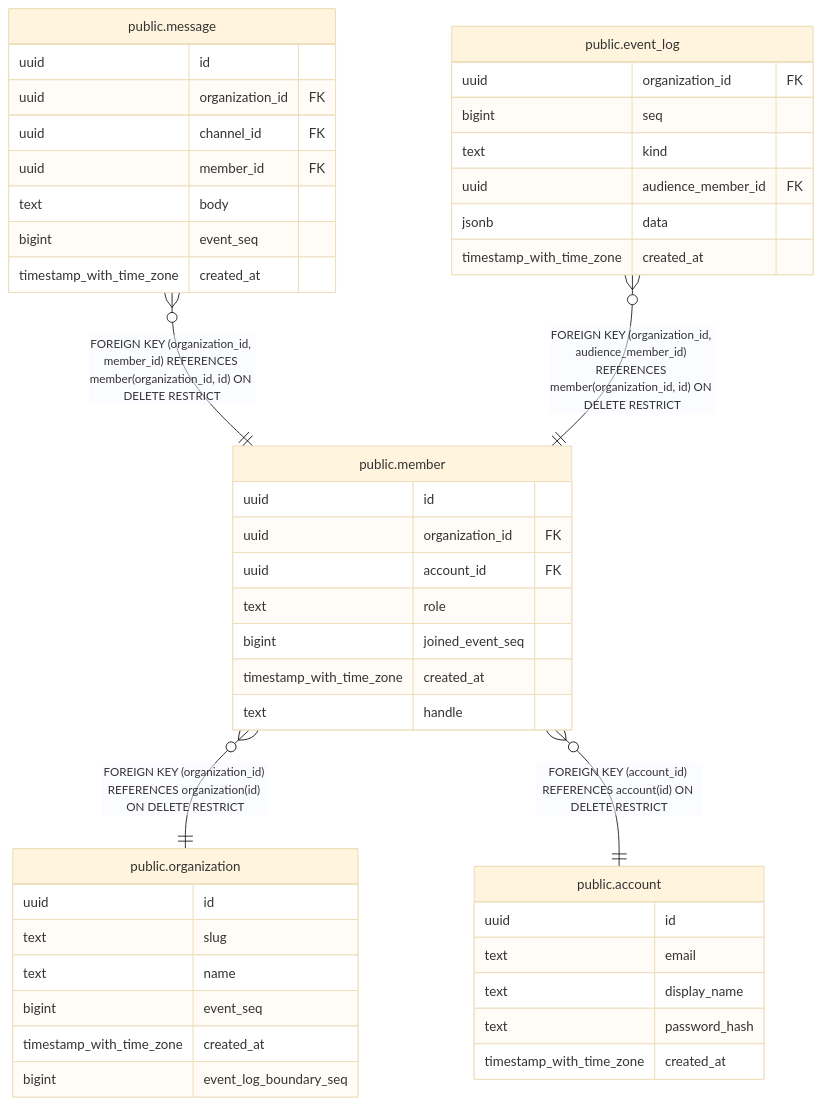
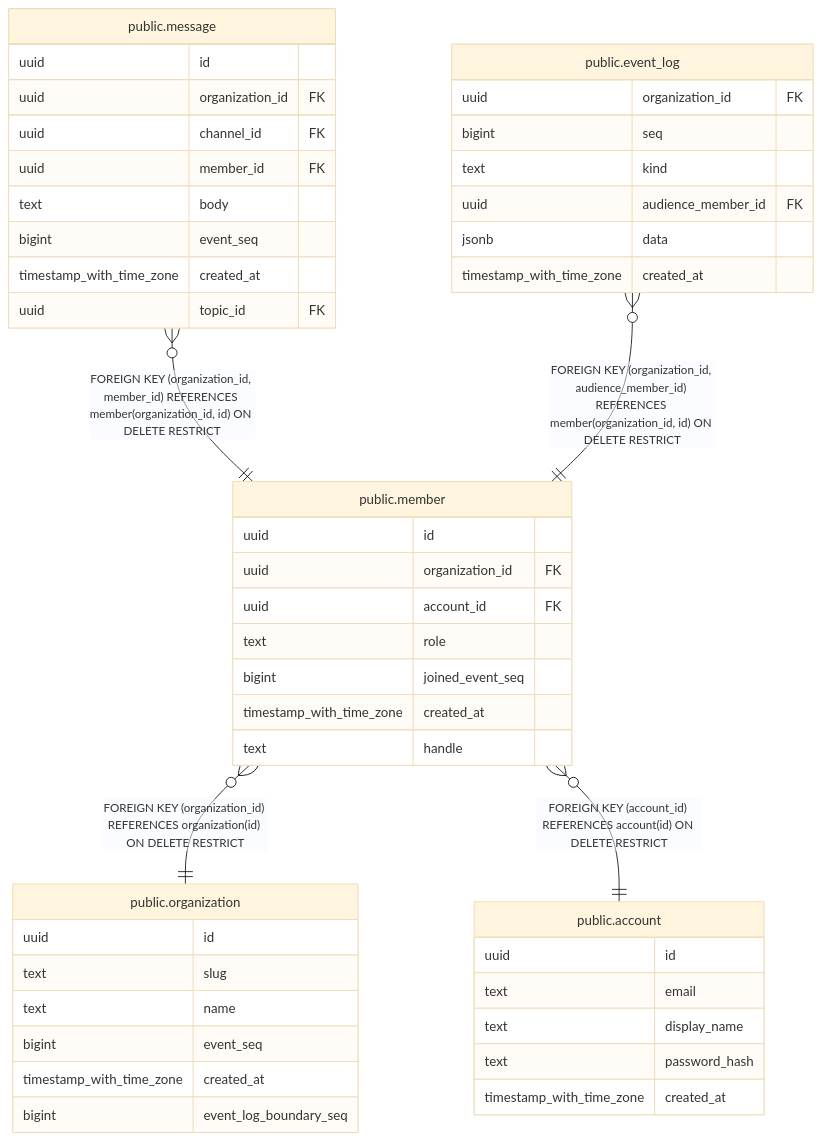
The diagram in docs/schema/public.member.md (tkakkie/ribbitto), drawn with Mermaid (base theme) before and after one commit. The commit also changed 30 other files, not shown here.

````diff
--- a/docs/schema/public.member.md
+++ b/docs/schema/public.member.md
@@ -48,50 +48,51 @@
 ```mermaid
 erDiagram
 
 "public.message" }o--|| "public.member" : "FOREIGN KEY (organization_id, member_id) REFERENCES member(organization_id, id) ON DELETE RESTRICT"
 "public.event_log" }o--|| "public.member" : "FOREIGN KEY (organization_id, audience_member_id) REFERENCES member(organization_id, id) ON DELETE RESTRICT"
 "public.member" }o--|| "public.organization" : "FOREIGN KEY (organization_id) REFERENCES organization(id) ON DELETE RESTRICT"
 "public.member" }o--|| "public.account" : "FOREIGN KEY (account_id) REFERENCES account(id) ON DELETE RESTRICT"
 
 "public.member" {
   uuid id
   uuid organization_id FK
   uuid account_id FK
   text role
   bigint joined_event_seq
   timestamp_with_time_zone created_at
   text handle
 }
 "public.message" {
   uuid id
   uuid organization_id FK
   uuid channel_id FK
   uuid member_id FK
   text body
   bigint event_seq
   timestamp_with_time_zone created_at
+  uuid topic_id FK
 }
 "public.event_log" {
   uuid organization_id FK
   bigint seq
   text kind
   uuid audience_member_id FK
   jsonb data
   timestamp_with_time_zone created_at
 }
 "public.organization" {
   uuid id
   text slug
   text name
   bigint event_seq
   timestamp_with_time_zone created_at
   bigint event_log_boundary_seq
 }
 "public.account" {
   uuid id
   text email
   text display_name
   text password_hash
   timestamp_with_time_zone created_at
 }
 ```
````
